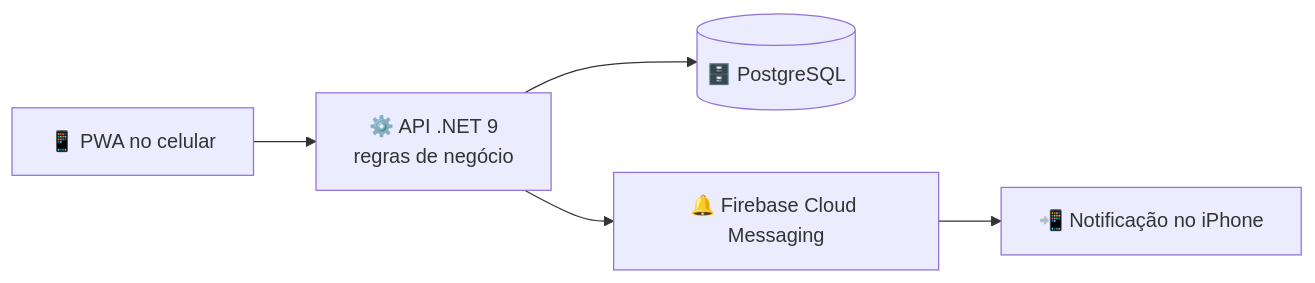
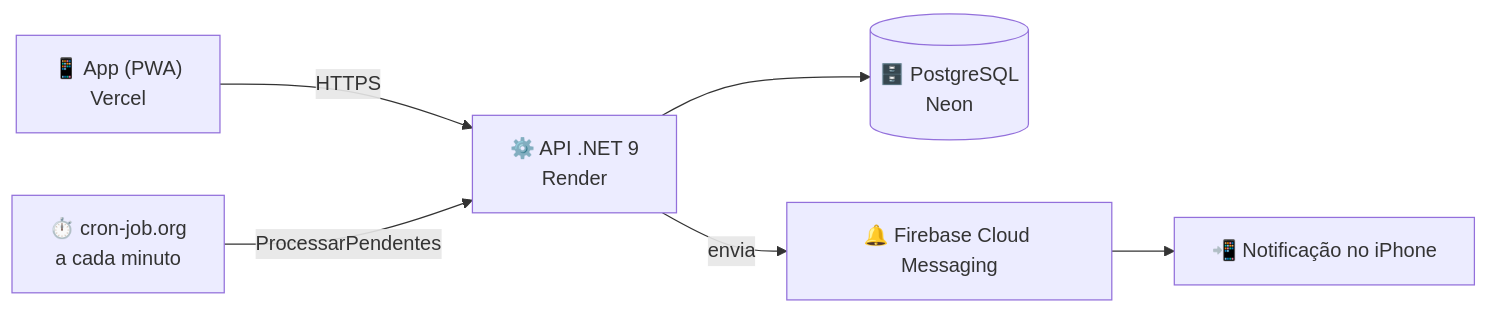
One commit to MelloNickolas/Bootcamp-Analise-de-Sistemas-e-Banco-de-Dados changed the diagram in README.md. Above: the diagram before and after it, drawn with Mermaid. The commit also changed other lines of this file and 10 other files, not shown here.

````diff
--- a/README.md
+++ b/README.md
@@ -53,7 +55,8 @@
 ```mermaid
 flowchart LR
-    A["📱 PWA no celular"] --> B["⚙️ API .NET 9<br/>regras de negócio"]
-    B --> C[("🗄️ PostgreSQL")]
-    B --> D["🔔 Firebase Cloud Messaging"]
+    A["📱 App (PWA)<br/>Vercel"] -->|HTTPS| B["⚙️ API .NET 9<br/>Render"]
+    B --> C[("🗄️ PostgreSQL<br/>Neon")]
+    B -->|envia| D["🔔 Firebase Cloud Messaging"]
     D --> E["📲 Notificação no iPhone"]
+    F["⏱️ cron-job.org<br/>a cada minuto"] -->|ProcessarPendentes| B
 ```
````
